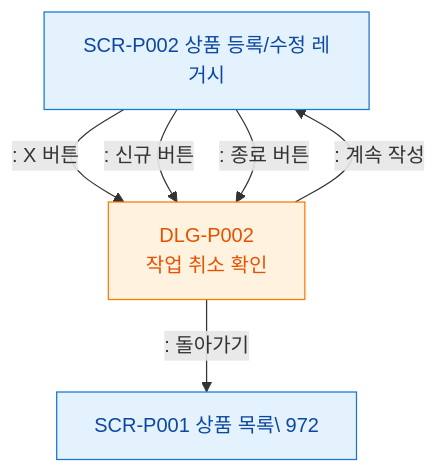
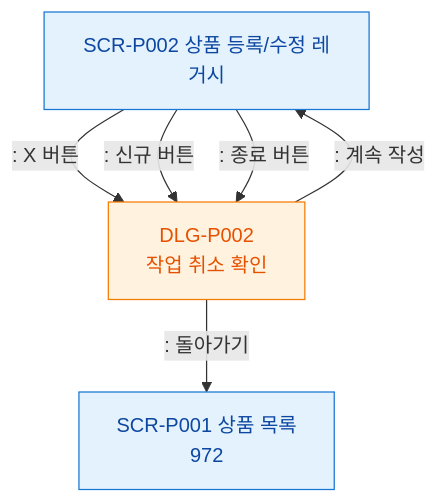
The diagram in docs/admin/다이어그램/D05_상품관리/SCR-P002_상품등록수정_레거시/F5_모달트리거.md (dev-spogym/admin-pando), drawn with Mermaid before and after one commit. The commit also changed 369 other files, not shown here.

````diff
--- a/docs/admin/다이어그램/D05_상품관리/SCR-P002_상품등록수정_레거시/F5_모달트리거.md
+++ b/docs/admin/다이어그램/D05_상품관리/SCR-P002_상품등록수정_레거시/F5_모달트리거.md
@@ -14,16 +14,16 @@
 ```mermaid
 flowchart TD
     SCR_P002[SCR-P002 상품 등록/수정 레거시]
 
     SCR_P002 -->|": X 버튼"|DLG_P002[DLG-P002\n작업 취소 확인]
     SCR_P002 -->|": 신규 버튼"|DLG_P002
     SCR_P002 -->|": 종료 버튼"|DLG_P002
 
     DLG_P002 -->|": 계속 작성"|SCR_P002
-    DLG_P002 -->|": 돌아가기"|SCR_P001[SCR-P001 상품 목록\ 972]
+    DLG_P002 -->|": 돌아가기"|SCR_P001[SCR-P001 상품 목록<br/> 972]
 
     classDef screen fill:#E3F2FD,stroke:#1976D2,color:#0D47A1
     classDef modal fill:#FFF3E0,stroke:#F57C00,color:#E65100
     class SCR_P002,SCR_P001 screen
     class DLG_P002 modal
 ```
````
